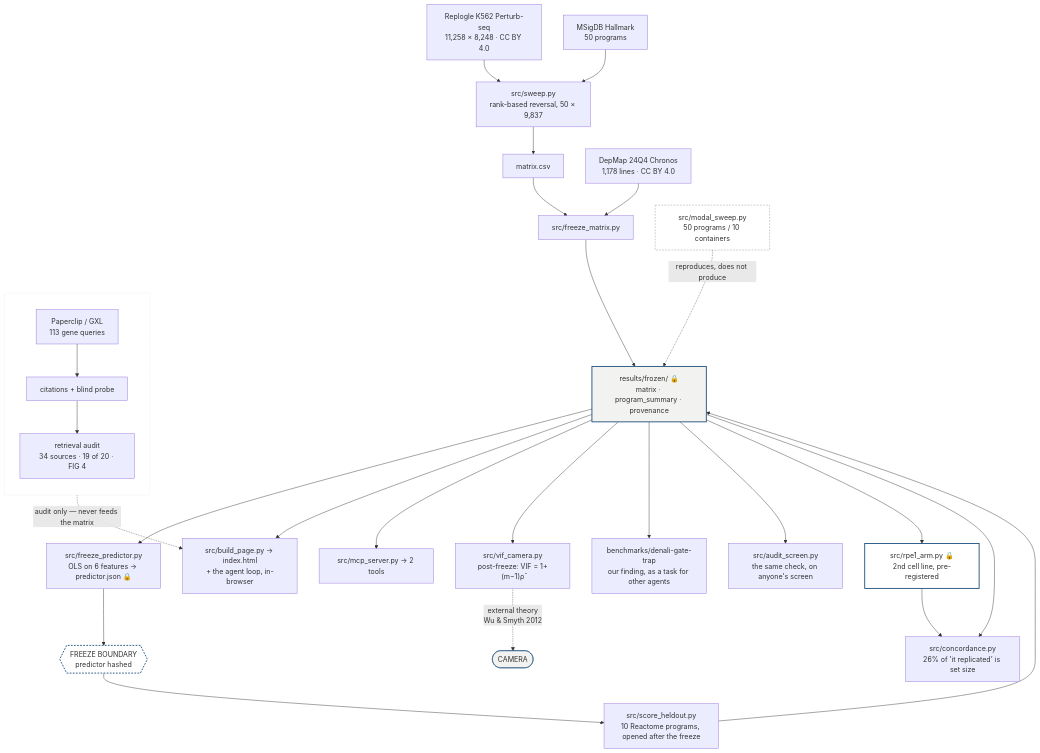
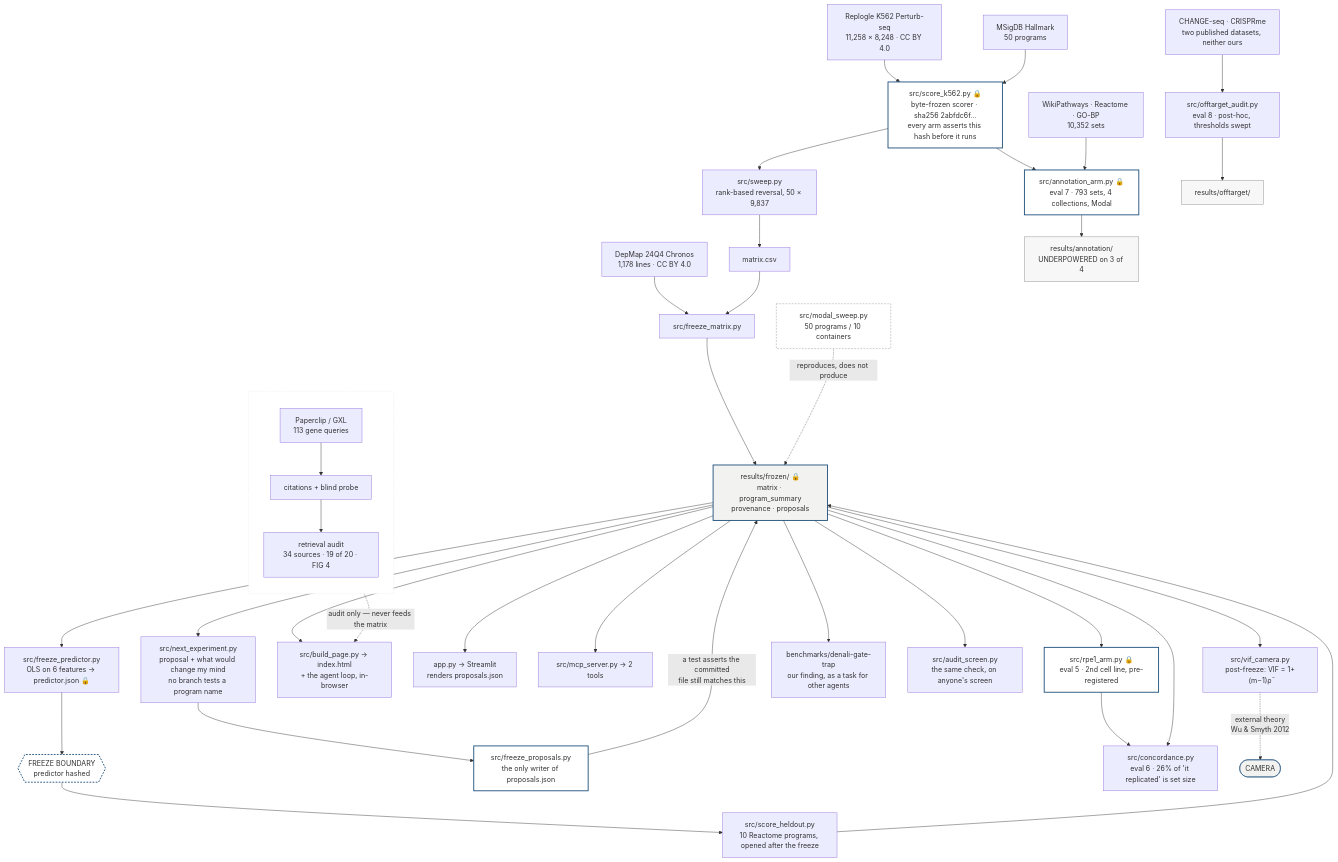
Before and after one commit to alejandro-publius/denali: the diagram in README.md, drawn with Mermaid. The commit also changed other lines of this file and 2 other files, not shown here.

````diff
--- a/README.md
+++ b/README.md
@@ -125,43 +125,60 @@
 ```mermaid
 flowchart TB
   subgraph sub[" "]
     direction TB
     PC["Paperclip / GXL<br/>113 gene queries"] --> CIT["citations + blind probe"]
     CIT --> AUD["retrieval audit<br/>34 sources · 19 of 20 · FIG 4"]
   end
 
-  REP["Replogle K562 Perturb-seq<br/>11,258 × 8,248 · CC BY 4.0"] --> SW
-  GMT["MSigDB Hallmark<br/>50 programs"] --> SW
+  REP["Replogle K562 Perturb-seq<br/>11,258 × 8,248 · CC BY 4.0"] --> SC
+  GMT["MSigDB Hallmark<br/>50 programs"] --> SC
+  SC["src/score_k562.py 🔒<br/>byte-frozen scorer · sha256 2abfdc6f…<br/>every arm asserts this hash before it runs"] --> SW
   SW["src/sweep.py<br/>rank-based reversal, 50 × 9,837"] --> MAT
 
   DEP["DepMap 24Q4 Chronos<br/>1,178 lines · CC BY 4.0"] --> FM
   MAT["matrix.csv"] --> FM["src/freeze_matrix.py"]
   FM --> FROZEN
 
-  FROZEN["results/frozen/ 🔒<br/>matrix · program_summary · provenance"] --> PRED
+  FROZEN["results/frozen/ 🔒<br/>matrix · program_summary<br/>provenance · proposals"] --> PRED
   PRED["src/freeze_predictor.py<br/>OLS on 6 features → predictor.json 🔒"] --> FREEZE
 
   FREEZE{{"FREEZE BOUNDARY<br/>predictor hashed"}} --> HO
   HO["src/score_heldout.py<br/>10 Reactome programs, opened after the freeze"] --> FROZEN
 
+  FROZEN --> NEXT["src/next_experiment.py<br/>proposal + what would change my mind<br/>no branch tests a program name"]
+  NEXT --> FZP["src/freeze_proposals.py<br/>the only writer of proposals.json"]
+  FZP -->|"a test asserts the committed<br/>file still matches this"| FROZEN
+
   FROZEN --> PAGE["src/build_page.py → index.html<br/>+ the agent loop, in-browser"]
+  FROZEN --> APP["app.py → Streamlit<br/>renders proposals.json"]
   FROZEN --> MCP["src/mcp_server.py → 2 tools"]
   FROZEN --> VIF["src/vif_camera.py<br/>post-freeze: VIF = 1+(m−1)ρ̄"]
   FROZEN --> BENCH["benchmarks/denali-gate-trap<br/>our finding, as a task for other agents"]
   FROZEN --> AUD2["src/audit_screen.py<br/>the same check, on anyone's screen"]
-  FROZEN --> RP["src/rpe1_arm.py 🔒<br/>2nd cell line, pre-registered"]
-  RP --> CONC["src/concordance.py<br/>26% of 'it replicated' is set size"]
+  FROZEN --> RP["src/rpe1_arm.py 🔒<br/>eval 5 · 2nd cell line, pre-registered"]
+  RP --> CONC["src/concordance.py<br/>eval 6 · 26% of 'it replicated' is set size"]
   FROZEN --> CONC
+
+  SC --> ANN["src/annotation_arm.py 🔒<br/>eval 7 · 793 sets, 4 collections, Modal"]
+  GO["WikiPathways · Reactome · GO-BP<br/>10,352 sets"] --> ANN
+  ANN --> ARES["results/annotation/<br/>UNDERPOWERED on 3 of 4"]
+
+  EXT["CHANGE-seq · CRISPRme<br/>two published datasets, neither ours"] --> OT
+  OT["src/offtarget_audit.py<br/>eval 8 · post-hoc, thresholds swept"] --> ORES["results/offtarget/"]
 
   MOD["src/modal_sweep.py<br/>50 programs / 10 containers"] -.->|"reproduces, does not produce"| FROZEN
   VIF -.->|"external theory<br/>Wu &amp; Smyth 2012"| CAM(["CAMERA"])
-
   AUD -.->|"audit only — never feeds the matrix"| PAGE
 
   style FROZEN fill:#f2f2f0,stroke:#1a4d7a,stroke-width:2px
   style FREEZE fill:#fff,stroke:#1a4d7a,stroke-width:2px,stroke-dasharray:4 3
   style sub fill:#fff,stroke:#e3e3e3,stroke-dasharray:3 3
   style MOD fill:#fff,stroke:#8c8c89,stroke-dasharray:4 3
   style CAM fill:#f2f2f0,stroke:#1a4d7a
+  style SC fill:#fff,stroke:#1a4d7a,stroke-width:2px
+  style FZP fill:#fff,stroke:#1a4d7a,stroke-width:2px
   style RP fill:#fff,stroke:#1a4d7a,stroke-width:2px
+  style ANN fill:#fff,stroke:#1a4d7a,stroke-width:2px
+  style ARES fill:#f7f7f8,stroke:#8c8c89
+  style ORES fill:#f7f7f8,stroke:#8c8c89
 ```
````
